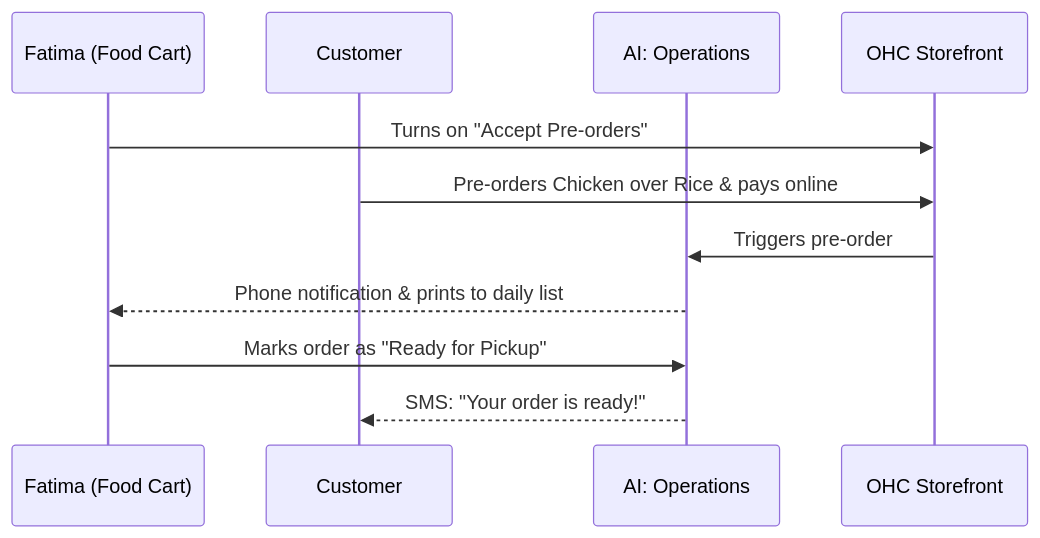
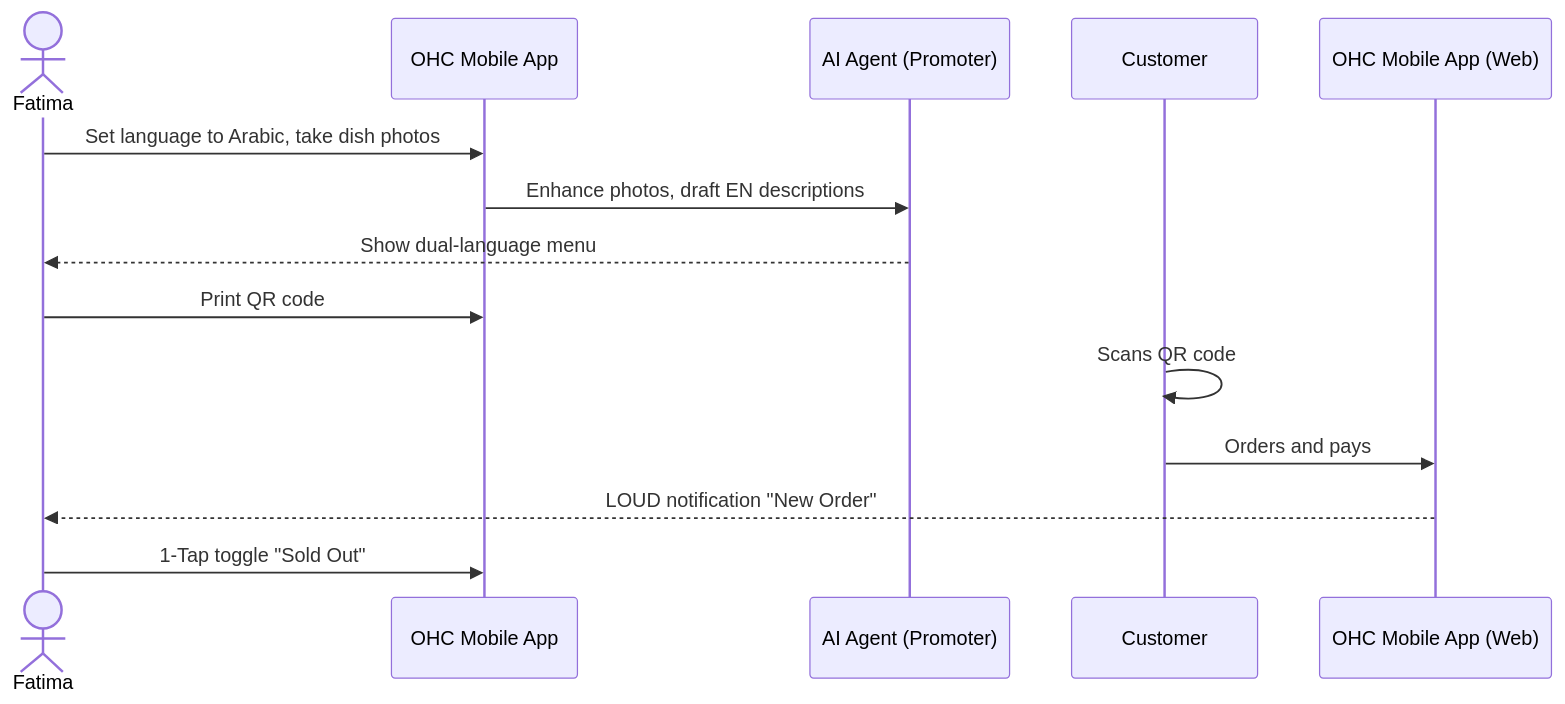
One commit to omnisolo-llc/onehumancorp changed the fifth of 5 diagrams in docs/architecture/ohc_business_journey_architecture.md. Above: the diagram before and after it, drawn with Mermaid. The commit also changed other lines of this file, not shown here.

First line of the commit message:
🔨 Forge: Business Journey Architecture Design Doc (#14207)

````diff
--- a/docs/architecture/ohc_business_journey_architecture.md
+++ b/docs/architecture/ohc_business_journey_architecture.md
@@ -122,14 +162,16 @@
 ```mermaid
 sequenceDiagram
-    participant Fatima as Fatima (Food Cart)
-    participant Customer as Customer
-    participant Op as AI: Operations
-    participant Store as OHC Storefront
+    actor Fatima
+    participant OHC Mobile App
+    participant AI Agent (Promoter)
+    participant Customer
 
-    Fatima->>Store: Turns on "Accept Pre-orders"
-    Customer->>Store: Pre-orders Chicken over Rice & pays online
-    Store->>Op: Triggers pre-order
-    Op-->>Fatima: Phone notification & prints to daily list
-    Fatima->>Op: Marks order as "Ready for Pickup"
-    Op-->>Customer: SMS: "Your order is ready!"
+    Fatima->>OHC Mobile App: Set language to Arabic, take dish photos
+    OHC Mobile App->>AI Agent (Promoter): Enhance photos, draft EN descriptions
+    AI Agent (Promoter)-->>Fatima: Show dual-language menu
+    Fatima->>OHC Mobile App: Print QR code
+    Customer->>Customer: Scans QR code
+    Customer->>OHC Mobile App (Web): Orders and pays
+    OHC Mobile App (Web)-->>Fatima: LOUD notification "New Order"
+    Fatima->>OHC Mobile App: 1-Tap toggle "Sold Out"
 ```
````
